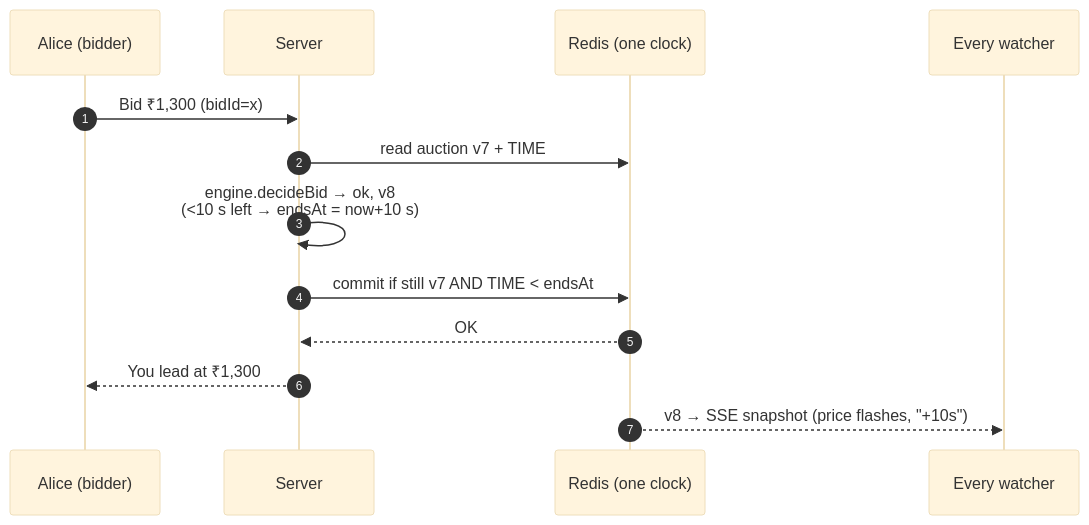
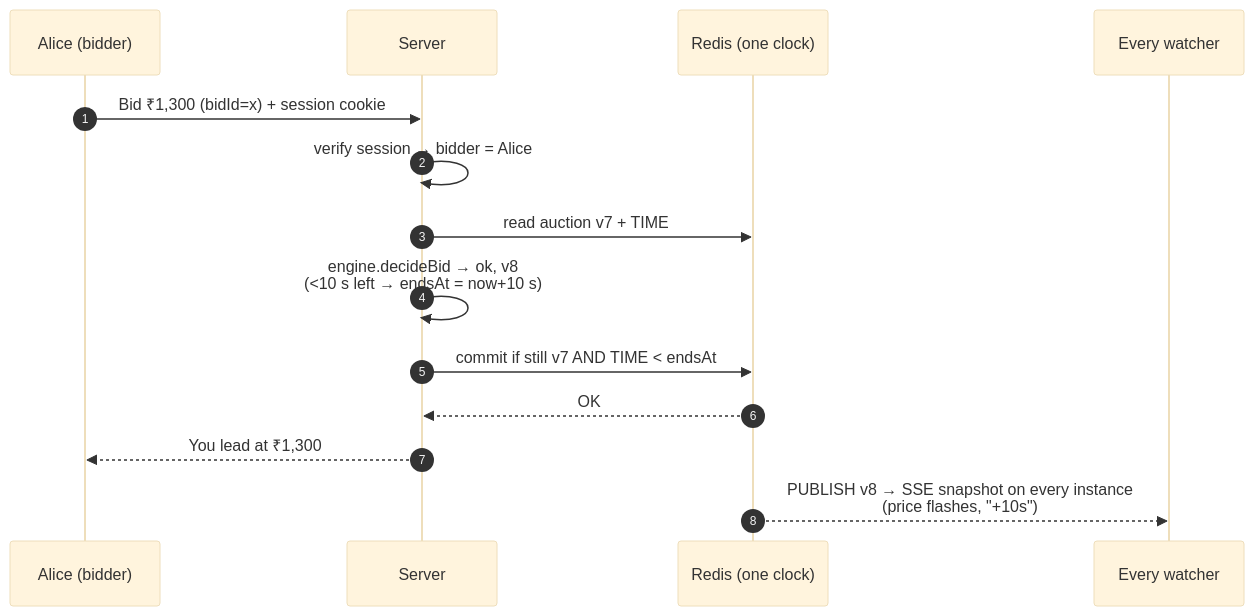
One commit to Sandipxg/Live-Auction-platform changed the first of 2 diagrams in README.md. Above: the diagram before and after it, drawn with Mermaid (base theme). The commit also changed other lines of this file and 8 other files, not shown here.

First line of the commit message:
docs: v0.2 — Redis pub/sub and auth in architecture, decisions, tasks

````diff
--- a/README.md
+++ b/README.md
@@ -46,16 +49,17 @@
 ```mermaid
 sequenceDiagram
   autonumber
   participant A as Alice (bidder)
   participant S as Server
   participant R as Redis (one clock)
   participant W as Every watcher
 
-  A->>S: Bid ₹1,300 (bidId=x)
+  A->>S: Bid ₹1,300 (bidId=x) + session cookie
+  S->>S: verify session → bidder = Alice
   S->>R: read auction v7 + TIME
   S->>S: engine.decideBid → ok, v8<br/>(<10 s left → endsAt = now+10 s)
   S->>R: commit if still v7 AND TIME < endsAt
   R-->>S: OK
   S-->>A: You lead at ₹1,300
-  R-->>W: v8 → SSE snapshot (price flashes, "+10s")
+  R-->>W: PUBLISH v8 → SSE snapshot on every instance<br/>(price flashes, "+10s")
 ```
````
